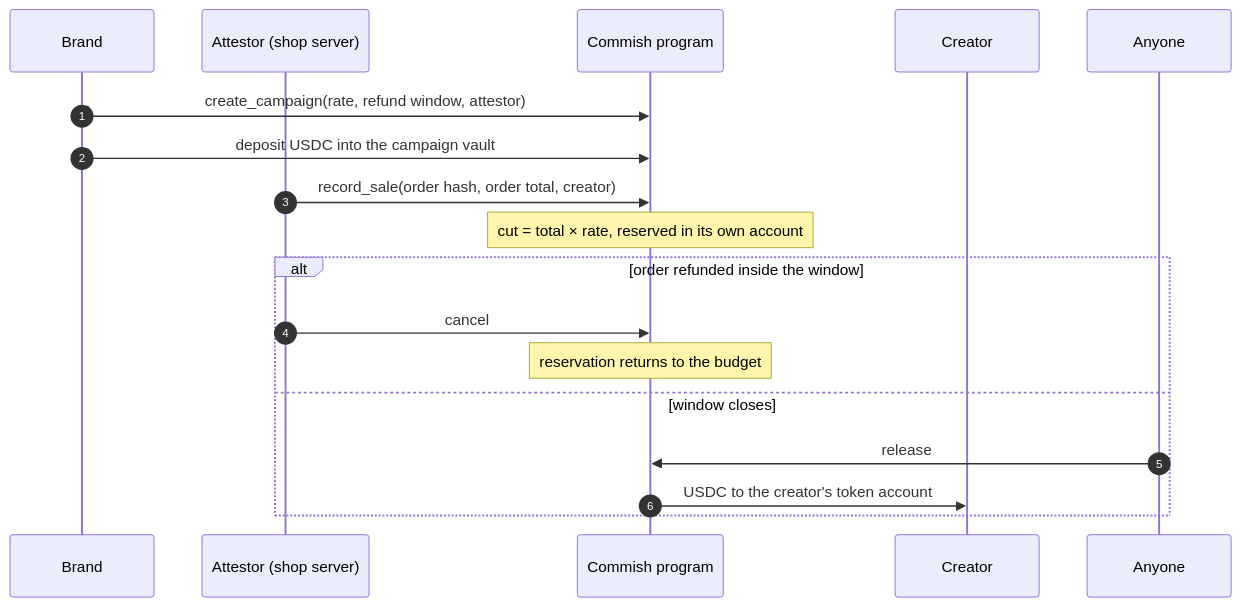
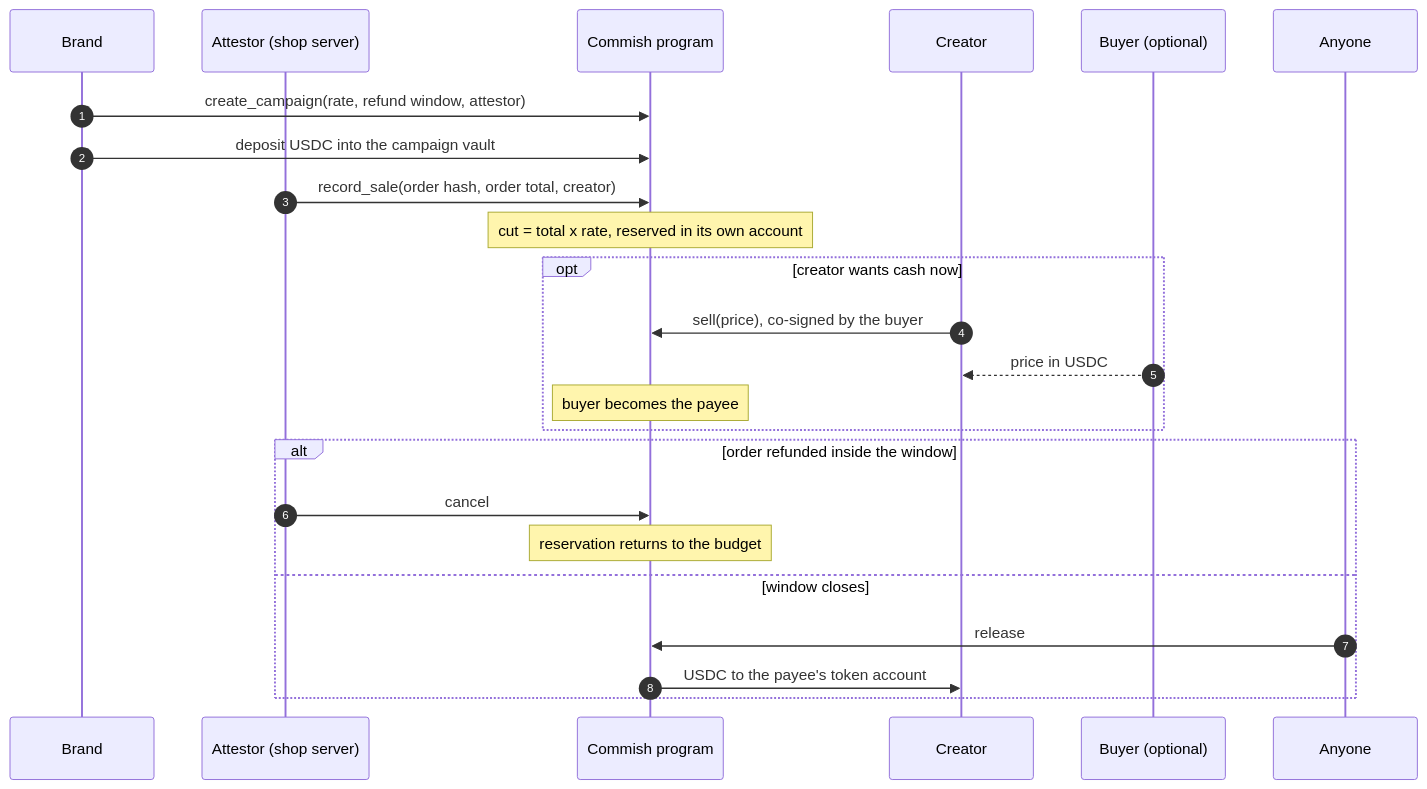
Before and after one commit to bryankwandou/commish: the first of 2 diagrams in README.md, drawn with Mermaid. The commit also changed other lines of this file, not shown here.

````diff
--- a/README.md
+++ b/README.md
@@ -54,20 +151,26 @@
 ```mermaid
 sequenceDiagram
     autonumber
     participant B as Brand
     participant A as Attestor (shop server)
     participant P as Commish program
     participant C as Creator
+    participant Y as Buyer (optional)
     participant X as Anyone
     B->>P: create_campaign(rate, refund window, attestor)
     B->>P: deposit USDC into the campaign vault
     A->>P: record_sale(order hash, order total, creator)
-    Note over P: cut = total × rate, reserved in its own account
+    Note over P: cut = total x rate, reserved in its own account
+    opt creator wants cash now
+        C->>P: sell(price), co-signed by the buyer
+        Y-->>C: price in USDC
+        Note over P: buyer becomes the payee
+    end
     alt order refunded inside the window
         A->>P: cancel
         Note over P: reservation returns to the budget
     else window closes
         X->>P: release
-        P->>C: USDC to the creator's token account
+        P->>C: USDC to the payee's token account
     end
 ```
````
